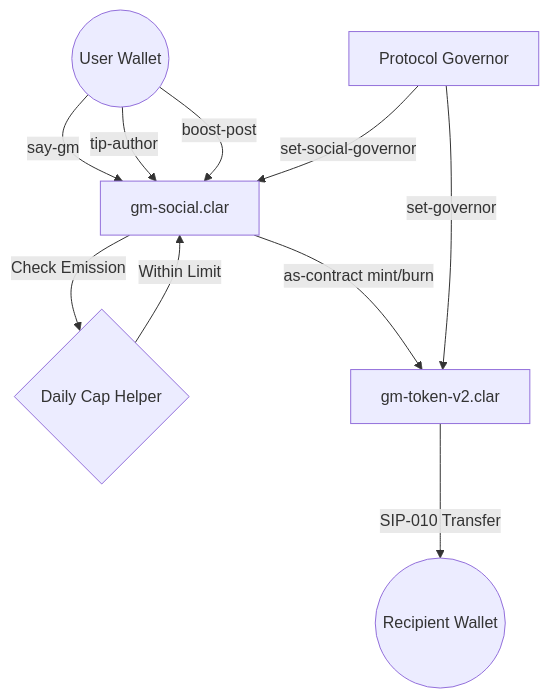
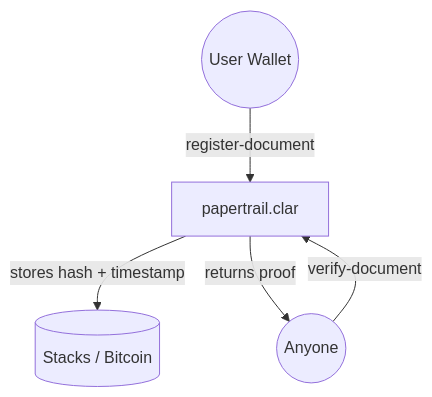
One commit to TheWeirdDee/papertrail changed the diagram in README.md. Above: the diagram before and after it, drawn with Mermaid. The commit also changed other lines of this file, not shown here.

````diff
--- a/README.md
+++ b/README.md
@@ -28,15 +24,7 @@
 ```mermaid
 graph TD
-    User((User Wallet)) -->|say-gm| Social[gm-social.clar]
-    User -->|tip-author| Social
-    User -->|boost-post| Social
-
-    Social -->|Check Emission| Cap{Daily Cap Helper}
-    Cap -->|Within Limit| Social
-
-    Social -->|as-contract mint/burn| Token[gm-token-v2.clar]
-    Token -->|SIP-010 Transfer| Recipient((Recipient Wallet))
-
-    Gov[Protocol Governor] -->|set-governor| Token
-    Gov -->|set-social-governor| Social
+    User((User Wallet)) -->|register-document| Contract[papertrail.clar]
+    Contract -->|stores hash + timestamp| Chain[(Stacks / Bitcoin)]
+    Verifier((Anyone)) -->|verify-document| Contract
+    Contract -->|returns proof| Verifier
 ```
````
